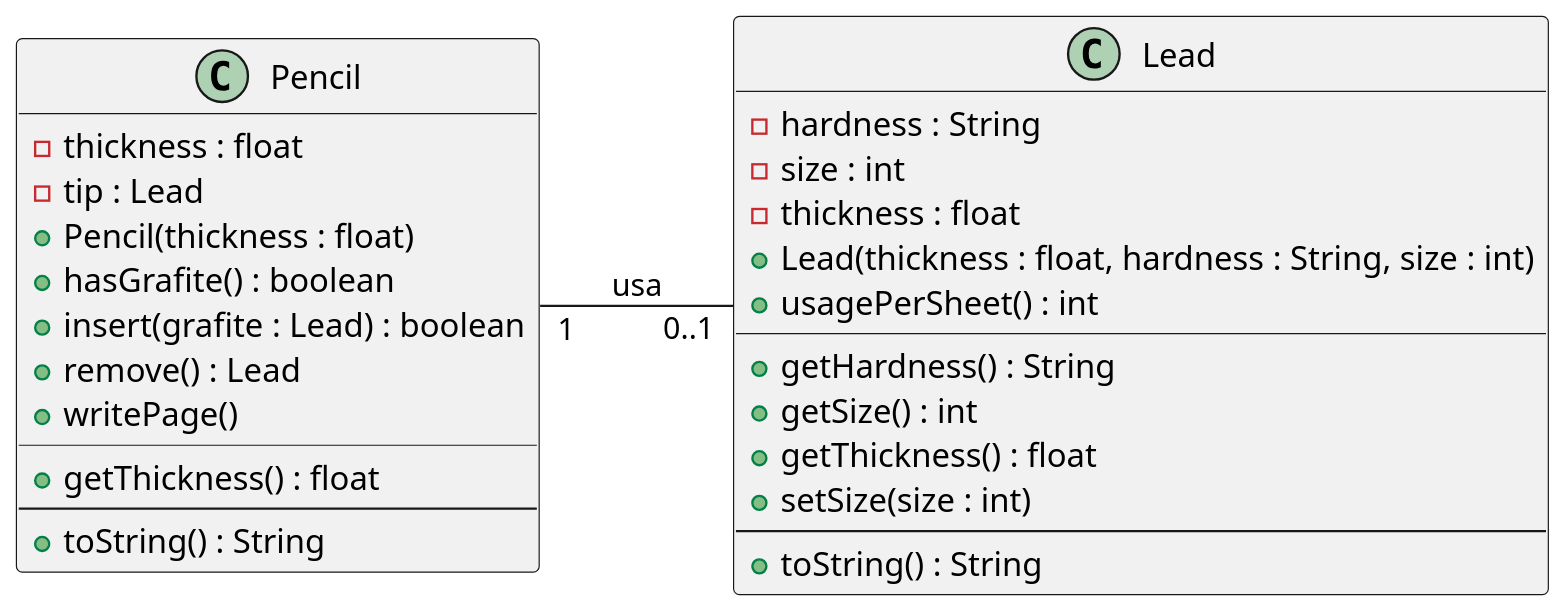
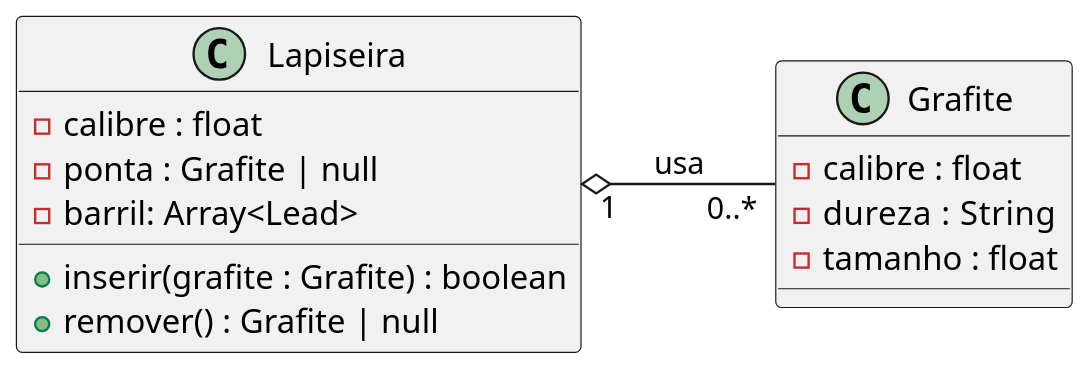
One commit to qxcodepoo/arcade changed the diagram in base/044/lapiseira.puml. Above: the diagram before and after it, drawn with PlantUML. The commit also changed 10 other files, not shown here.

```diff
--- a/base/044/lapiseira.puml
+++ b/base/044/lapiseira.puml
@@ -1,39 +1,25 @@
 @startuml
 
 skinparam defaultFontName Hasklig
 skinparam dpi 150
 
 left to right direction 
 
-Pencil "1" -- "0..1" Lead : usa
+Lapiseira "1" o-- "0..*" Grafite : usa
 
-class Pencil {
-  - thickness : float
-  - tip : Lead
-  + Pencil(thickness : float)
-  + hasGrafite() : boolean
-  + insert(grafite : Lead) : boolean
-  + remove() : Lead
-  + writePage()
+class Lapiseira {
+  - calibre : float
+  - ponta : Grafite | null
+  - barril: Array<Lead>
   __
-  + getThickness() : float
-  --
-  + toString() : String
+  + inserir(grafite : Grafite) : boolean
+  + remover() : Grafite | null
 }
 
-class Lead {
-  - hardness : String
-  - size : int
-  - thickness : float
-  + Lead(thickness : float, hardness : String, size : int)
-  + usagePerSheet() : int
-  __
-  + getHardness() : String
-  + getSize() : int
-  + getThickness() : float
-  + setSize(size : int)
-  --
-  + toString() : String
+class Grafite {
+  - calibre : float
+  - dureza  : String
+  - tamanho : float
 }
 
 @enduml
```
